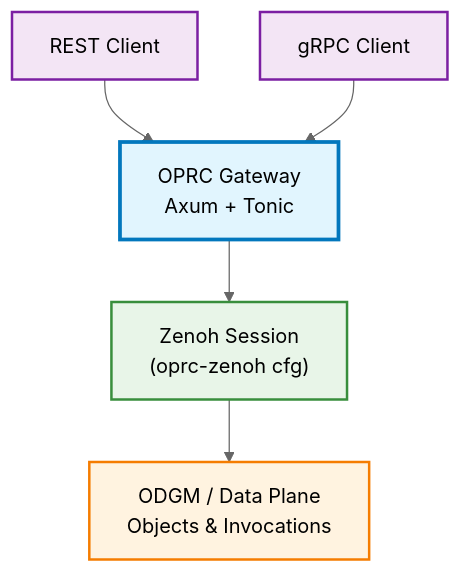
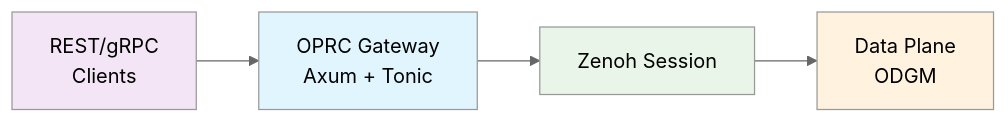
Before and after one commit to pawissanutt/oaas-rs: the diagram in data-plane/oprc-gateway/README.md, drawn with Mermaid (neutral theme). The commit also changed other lines of this file and 5 other files, not shown here.

````diff
--- a/data-plane/oprc-gateway/README.md
+++ b/data-plane/oprc-gateway/README.md
@@ -15,17 +14,11 @@
 ```mermaid
-graph TD
-    RC[REST Client] --> GW
-    GC[gRPC Client] --> GW
-
-    GW["OPRC Gateway 
-    Axum + Tonic"] --> ZH["Zenoh Session
-    (oprc-zenoh cfg)"]
-    ZH --> ODGM["ODGM / Data Plane
-    Objects & Invocations"]
-
-    style GW fill:#e1f5fe,stroke:#0277bd,stroke-width:3px
-    style RC fill:#f3e5f5,stroke:#7b1fa2,stroke-width:2px
-    style GC fill:#f3e5f5,stroke:#7b1fa2,stroke-width:2px
-    style ZH fill:#e8f5e8,stroke:#388e3c,stroke-width:2px
-    style ODGM fill:#fff3e0,stroke:#f57c00,stroke-width:2px
+graph LR
+    Client[REST/gRPC<br/>Clients] --> GW[OPRC Gateway<br/>Axum + Tonic]
+    GW --> ZS[Zenoh Session]
+    ZS --> DP[Data Plane<br/>ODGM]
+    
+    style GW fill:#e1f5fe
+    style Client fill:#f3e5f5
+    style ZS fill:#e8f5e8
+    style DP fill:#fff3e0
 ```
````
